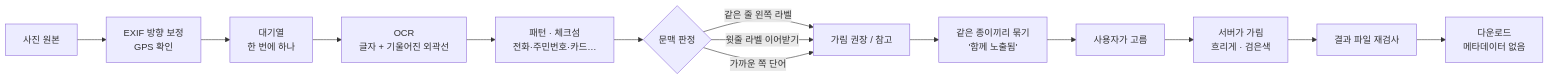
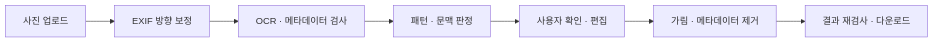
One commit to 2026-usw-project/privacy-lens changed the diagram in README.md. Above: the diagram before and after it, drawn with Mermaid. The commit also changed other lines of this file, not shown here.

````diff
--- a/README.md
+++ b/README.md
@@ -71,16 +106,9 @@
 ```mermaid
 flowchart LR
-    A[사진 원본] --> B[EXIF 방향 보정<br/>GPS 확인]
-    B --> Q[대기열<br/>한 번에 하나]
-    Q --> C[OCR<br/>글자 + 기울어진 외곽선]
-    C --> D[패턴 · 체크섬<br/>전화·주민번호·카드…]
-    D --> E{문맥 판정}
-    E -->|같은 줄 왼쪽 라벨| F[가림 권장 / 참고]
-    E -->|윗줄 라벨 이어받기| F
-    E -->|가까운 쪽 단어| F
-    F --> G[같은 종이끼리 묶기<br/>'함께 노출됨']
-    G --> H[사용자가 고름]
-    H --> I[서버가 가림<br/>흐리게 · 검은색]
-    I --> J[결과 파일 재검사]
-    J --> K[다운로드<br/>메타데이터 없음]
+    A[사진 업로드] --> B[EXIF 방향 보정]
+    B --> C[OCR · 메타데이터 검사]
+    C --> D[패턴 · 문맥 판정]
+    D --> E[사용자 확인 · 편집]
+    E --> F[가림 · 메타데이터 제거]
+    F --> G[결과 재검사 · 다운로드]
 ```
````
